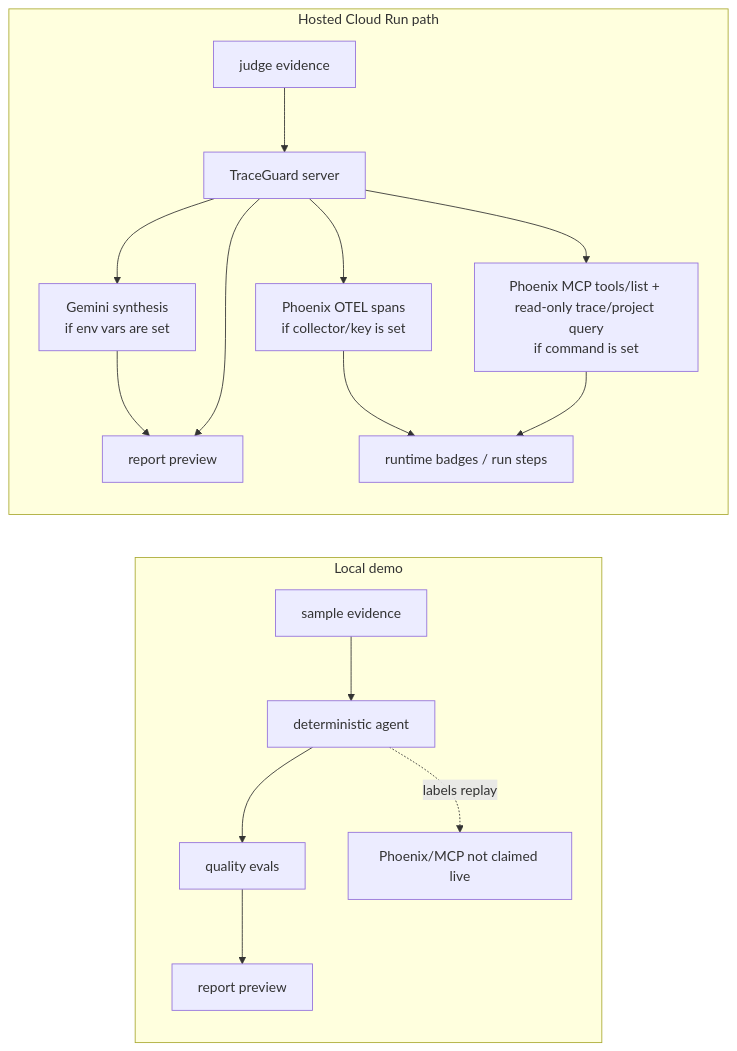
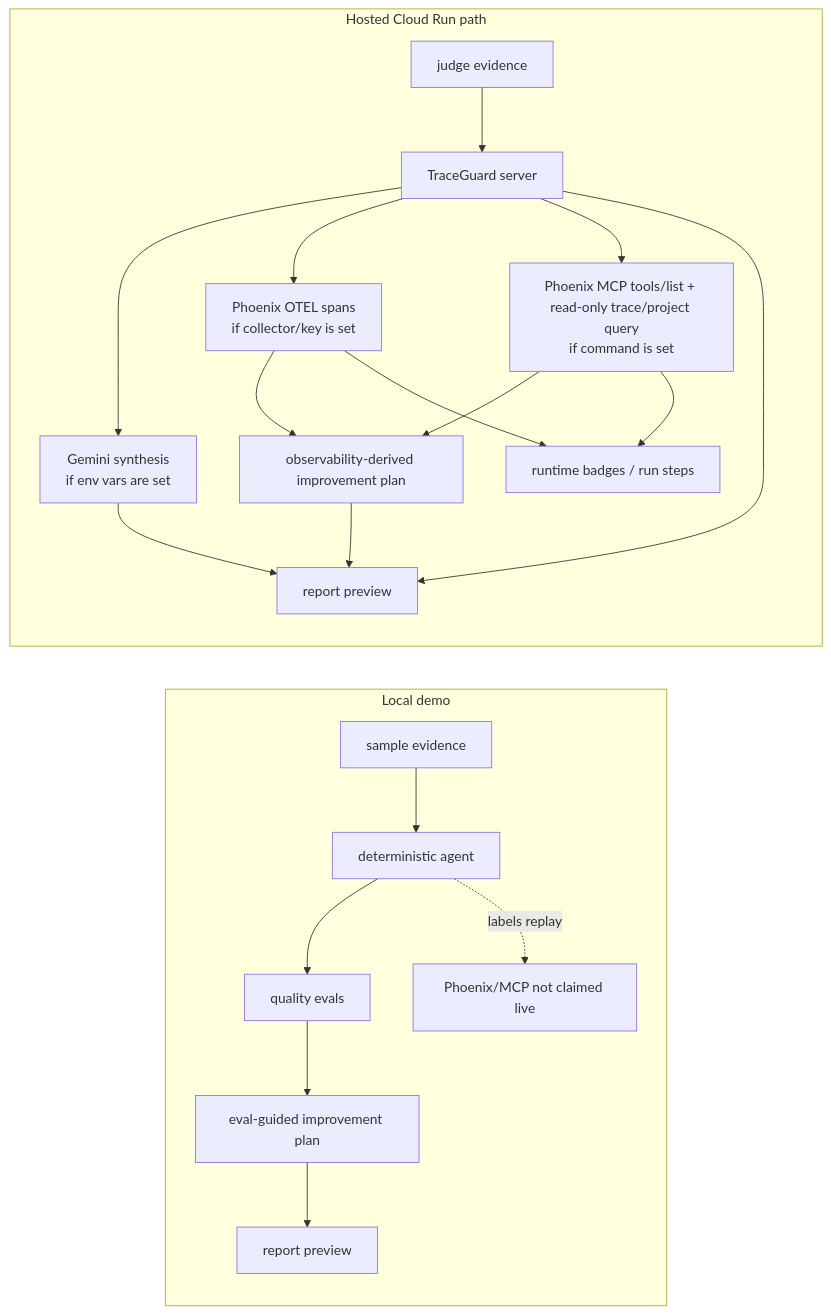
One commit to Lockelamoree/TraceGuard changed the second of 2 diagrams in PROJECT_VISUALIZATION.md. Above: the diagram before and after it, drawn with Mermaid. The commit also changed other lines of this file and 25 other files, not shown here.

````diff
--- a/PROJECT_VISUALIZATION.md
+++ b/PROJECT_VISUALIZATION.md
@@ -30,20 +33,24 @@
 ```mermaid
 flowchart LR
     subgraph local["Local demo"]
         localEvidence["sample evidence"] --> localAgent["deterministic agent"]
         localAgent --> localEvals["quality evals"]
-        localEvals --> localReport["report preview"]
+        localEvals --> localImprove["eval-guided improvement plan"]
+        localImprove --> localReport["report preview"]
         localAgent -. "labels replay" .-> localPhoenix["Phoenix/MCP not claimed live"]
     end
 
     subgraph hosted["Hosted Cloud Run path"]
         hostedEvidence["judge evidence"] --> hostedAgent["TraceGuard server"]
         hostedAgent --> hostedGemini["Gemini synthesis<br/>if env vars are set"]
         hostedAgent --> hostedOtel["Phoenix OTEL spans<br/>if collector/key is set"]
         hostedAgent --> hostedMcp["Phoenix MCP tools/list + read-only trace/project query<br/>if command is set"]
+        hostedMcp --> hostedImprove["observability-derived improvement plan"]
+        hostedOtel --> hostedImprove
+        hostedImprove --> hostedReport
         hostedGemini --> hostedReport["report preview"]
         hostedOtel --> hostedStatus["runtime badges / run steps"]
         hostedMcp --> hostedStatus
         hostedAgent --> hostedReport
     end
 ```
````
